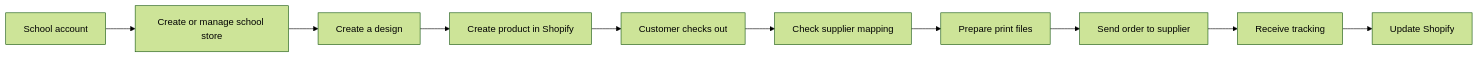
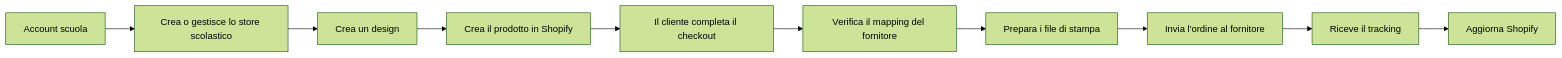
One commit to Geekeronline/spirit-ink-case-study changed the diagram in README.md. Above: the diagram before and after it, drawn with Mermaid (forest theme). The commit also changed other lines of this file, not shown here.

````diff
--- a/README.md
+++ b/README.md
@@ -23,13 +23,13 @@
 ```mermaid
 flowchart LR
-  A[Create a design] --> B[Create product in Shopify]
-  B --> C[Customer checks out]
-  C --> D[Check supplier mapping]
-  D --> E[Prepare print files]
-  E --> F[Send order to supplier]
-  F --> G[Receive tracking]
-  G --> H[Update Shopify]
+  A[Crea un design] --> B[Crea il prodotto in Shopify]
+  B --> C[Il cliente completa il checkout]
+  C --> D[Verifica il mapping del fornitore]
+  D --> E[Prepara i file di stampa]
+  E --> F[Invia l'ordine al fornitore]
+  F --> G[Riceve il tracking]
+  G --> H[Aggiorna Shopify]
 
-  S[School account] --> T[Create or manage school store]
+  S[Account scuola] --> T[Crea o gestisce lo store scolastico]
   T --> A
 ```
````
